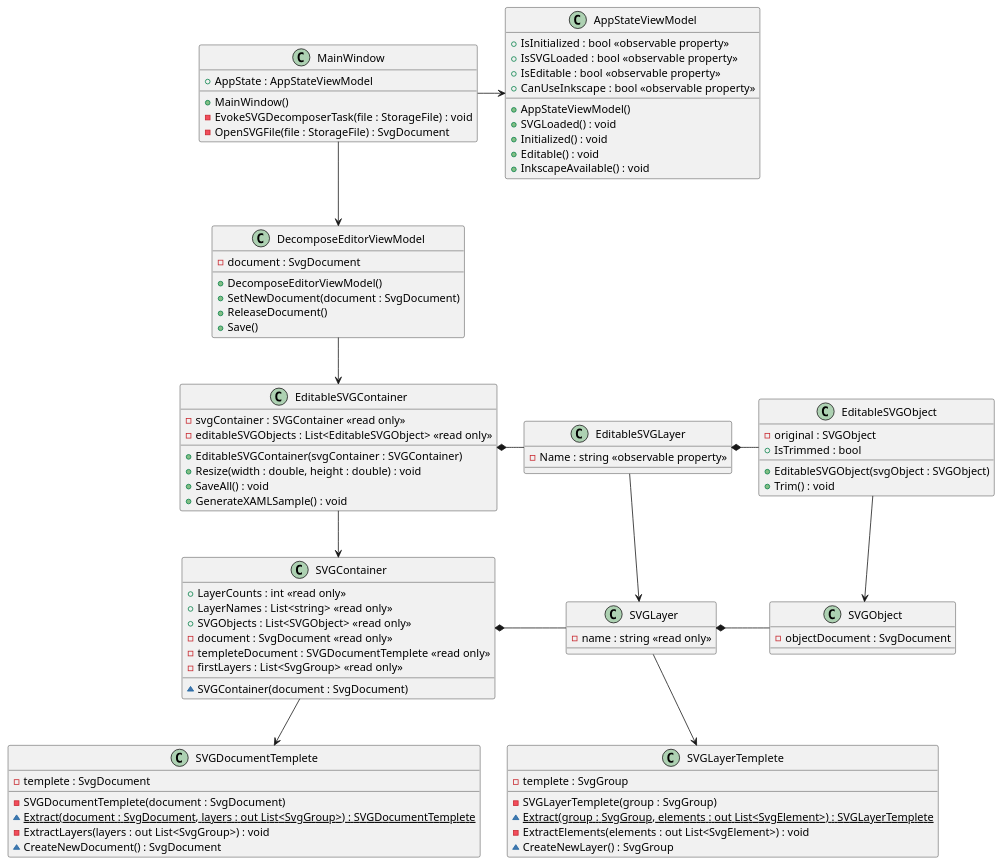
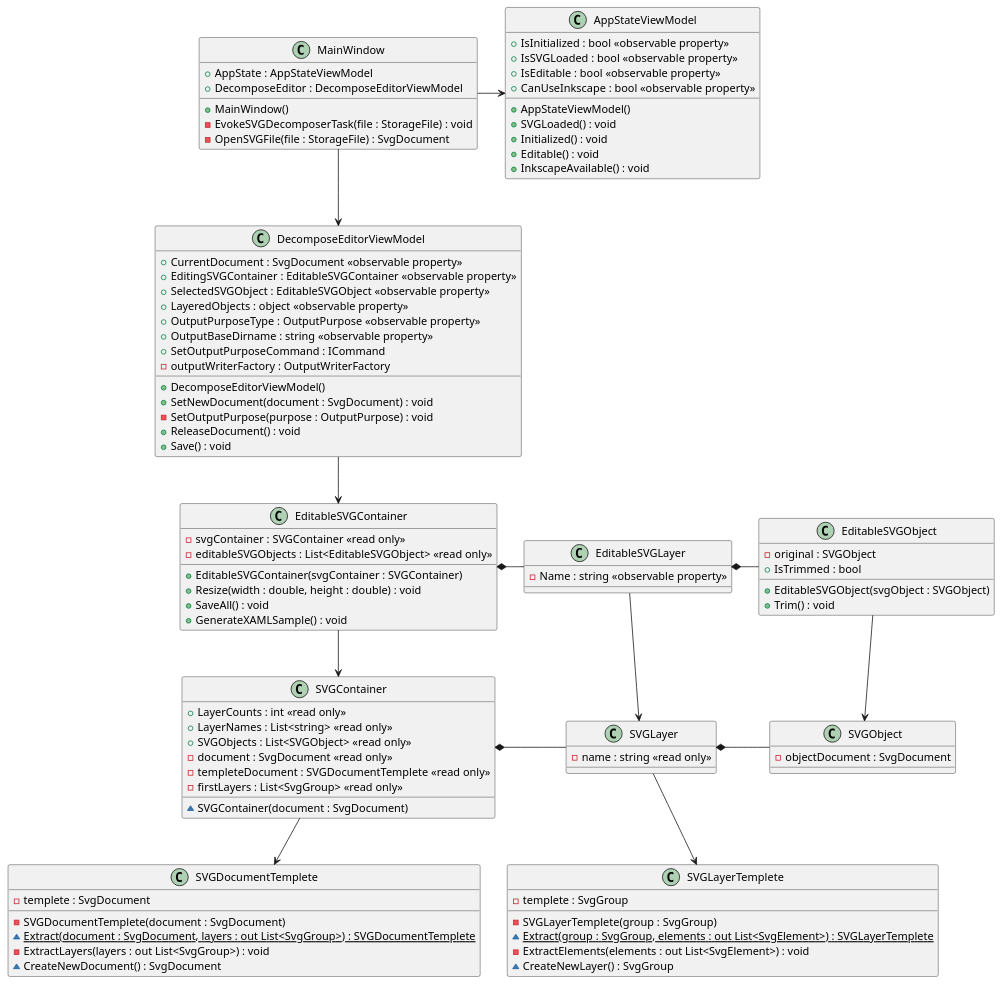
One commit to tatsuya19871219/SVGObjectsDecomposer changed the first of 2 diagrams in uml/SVGObjectsDecomposer.puml. Above: the diagram before and after it, drawn with PlantUML. The commit also changed other lines of this file and 2 other files, not shown here.

Commit message:
Update UML

```diff
--- a/uml/SVGObjectsDecomposer.puml
+++ b/uml/SVGObjectsDecomposer.puml
@@ -1,127 +1,147 @@
 @startuml SVGObjectsDecomposer
 
 class MainWindow
 {
     + AppState : AppStateViewModel
+    + DecomposeEditor : DecomposeEditorViewModel
     + MainWindow()
     - EvokeSVGDecomposerTask(file : StorageFile) : void
     - OpenSVGFile(file : StorageFile) : SvgDocument
 }
+
 
 class AppStateViewModel
 {
     + IsInitialized : bool <<observable property>>
     + IsSVGLoaded : bool <<observable property>>
     + IsEditable : bool <<observable property>>
     + CanUseInkscape : bool <<observable property>>
     + AppStateViewModel()
     + SVGLoaded() : void
     + Initialized() : void
     + Editable() : void
     + InkscapeAvailable() : void
 }
 
 class DecomposeEditorViewModel
 {
-    - document : SvgDocument
+    + CurrentDocument : SvgDocument <<observable property>>
+    + EditingSVGContainer : EditableSVGContainer <<observable property>>
+    + SelectedSVGObject : EditableSVGObject <<observable property>>
+    + LayeredObjects : object <<observable property>>
+    + OutputPurposeType : OutputPurpose <<observable property>>
+    + OutputBaseDirname : string <<observable property>>
+    + SetOutputPurposeCommand : ICommand
+    - outputWriterFactory : OutputWriterFactory
     + DecomposeEditorViewModel()
-    + SetNewDocument(document : SvgDocument)
-    + ReleaseDocument()
-    + Save()
+    + SetNewDocument(document : SvgDocument) : void
+    - SetOutputPurpose(purpose : OutputPurpose) : void
+    + ReleaseDocument() : void
+    + Save() : void
 }
 
+' Models
 class EditableSVGContainer
 {
     - svgContainer : SVGContainer <<read only>>
     - editableSVGObjects : List<EditableSVGObject> <<read only>>
     + EditableSVGContainer(svgContainer : SVGContainer)
     + Resize(width : double, height : double) : void
     '+ TrimAll() : void
     + SaveAll() : void
     + GenerateXAMLSample() : void
 }
+
+class EditableSVGLayer
+{
+    - Name : string <<observable property>>
+}
+
+
+
+class EditableSVGObject
+{
+    - original : SVGObject
+    '- trimmed : SVGObject
+    + EditableSVGObject(svgObject : SVGObject)
+    + IsTrimmed : bool
+    + Trim() : void
+}
+
+
 
 class SVGContainer
 {
     + LayerCounts : int <<read only>>
     + LayerNames : List<string> <<read only>>
     + SVGObjects : List<SVGObject> <<read only>>
     - document : SvgDocument <<read only>>
     - templeteDocument : SVGDocumentTemplete <<read only>>
     - firstLayers : List<SvgGroup> <<read only>>
     ~ SVGContainer(document : SvgDocument)
 
 }
 
+
+class SVGLayer
+{
+    - name : string <<read only>>
+}
+
+class SVGObject
+{
+    - objectDocument : SvgDocument
+}
+
+' factories for SVG document creation
 class SVGDocumentTemplete
 {
     - templete : SvgDocument
     - SVGDocumentTemplete(document : SvgDocument)
     {static} ~ Extract(document : SvgDocument, layers : out List<SvgGroup>) : SVGDocumentTemplete
     - ExtractLayers(layers : out List<SvgGroup>) : void
     ~ CreateNewDocument() : SvgDocument
 }
 
 class SVGLayerTemplete
 {
     - templete : SvgGroup
     - SVGLayerTemplete(group : SvgGroup)
     {static} ~ Extract(group : SvgGroup, elements : out List<SvgElement>) : SVGLayerTemplete
     - ExtractElements(elements : out List<SvgElement>) : void
     ~ CreateNewLayer() : SvgGroup
 }
 
-class SVGLayer
-{
-    - name : string <<read only>>
-}
-
-class EditableSVGLayer
-{
-    - Name : string <<observable property>>
-}
-
-class SVGObject
-{
-    - objectDocument : SvgDocument
-}
-
-
-class EditableSVGObject
-{
-    - original : SVGObject
-    '- trimmed : SVGObject
-    + EditableSVGObject(svgObject : SVGObject)
-    + IsTrimmed : bool
-    + Trim() : void
-}
 
 
 ' arrows
 MainWindow -right-> AppStateViewModel
 'MainWindow --> EditableSVGContainer
 MainWindow --> DecomposeEditorViewModel
 
 EditableSVGObject --> SVGObject
 EditableSVGLayer --> SVGLayer
 EditableSVGContainer --> SVGContainer
 
 SVGContainer --> SVGDocumentTemplete
 'SVGContainer --> SVGLayerTemplete
 SVGLayer --> SVGLayerTemplete
 
 'SVGContainer *- SVGObject
 'EditableSVGContainer *- EditableSVGObject
 
 SVGContainer *- SVGLayer
 EditableSVGContainer *- EditableSVGLayer
 
 SVGLayer *- SVGObject
 EditableSVGLayer *- EditableSVGObject
 
 'EditableSVGContainer -up-|> ObservableObject
 'EditableSVGObject -up-|> ObservableObject
 
 DecomposeEditorViewModel --> EditableSVGContainer
+' DecomposeEditorViewModel -left-> OutputWriterFactory
+' DecomposeEditorViewModel -left-> OutputPurpose
+
 
 @enduml
```
